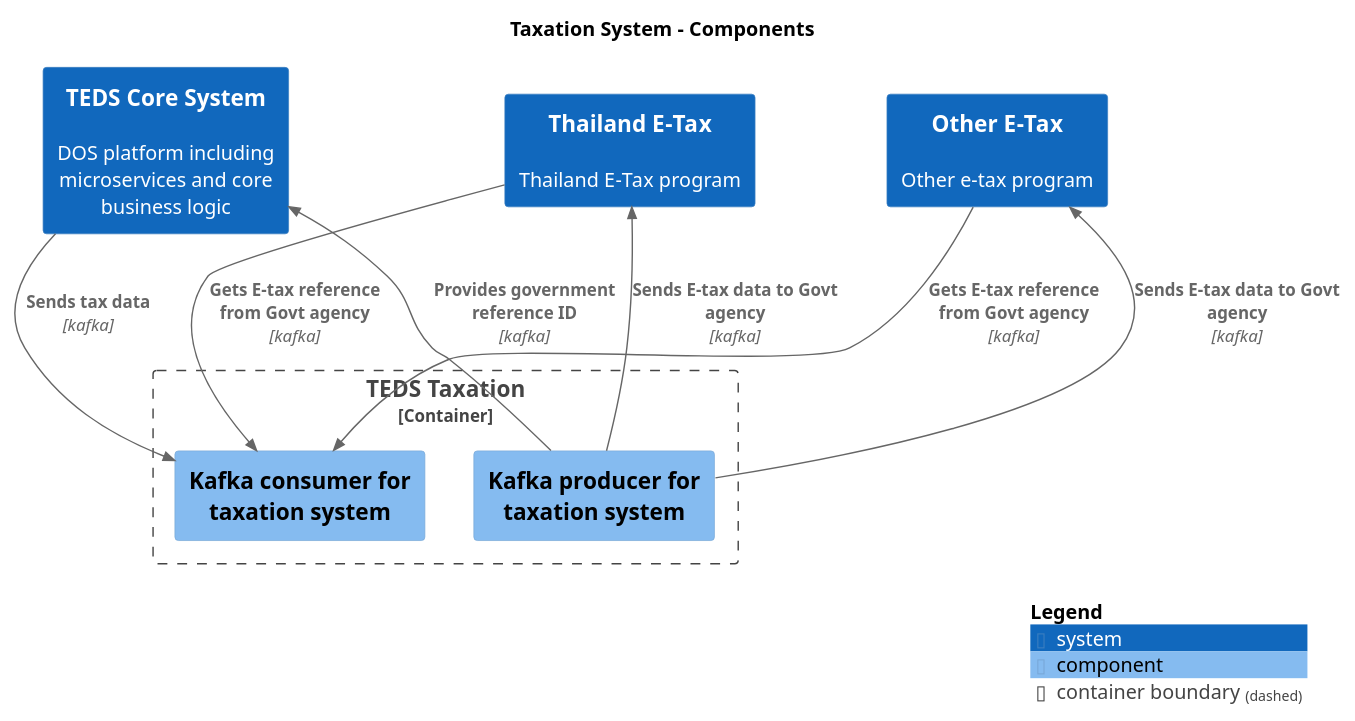
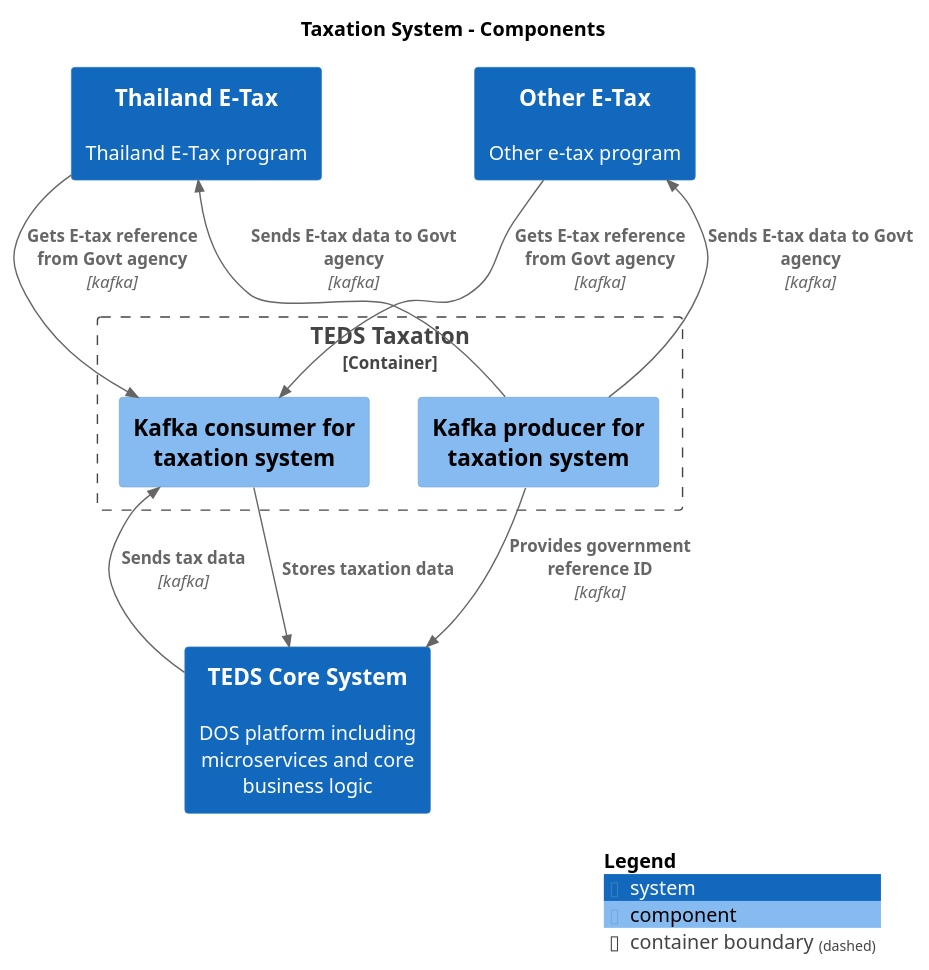
The diagram in main/puml/Level3_taxation_Components.puml (kzsahay/teds), drawn with PlantUML before and after one commit. The commit also changed 193 other files, not shown here.

```diff
--- a/main/puml/Level3_taxation_Components.puml
+++ b/main/puml/Level3_taxation_Components.puml
@@ -1,28 +1,29 @@
 @startuml
 set separator none
 title Taxation System – Components
 
 top to bottom direction
 
 !include <C4/C4>
 !include <C4/C4_Context>
 !include <C4/C4_Component>
 
 System(TEDSCoreSystem, "TEDS Core System", $descr="DOS platform including microservices and core business logic", $tags="", $link="")
 System(ThailandETax, "Thailand E-Tax", $descr="Thailand E-Tax program", $tags="", $link="")
 System(OtherETax, "Other E-Tax", $descr="Other e-tax program", $tags="", $link="")
 
 Container_Boundary("ETax.TEDSTaxation_boundary", "TEDS Taxation", $tags="") {
   Component(ETax.TEDSTaxation.Kafkaproducerfortaxationsystem, "Kafka producer for taxation system", $techn="", $descr="", $tags="", $link="")
   Component(ETax.TEDSTaxation.Kafkaconsumerfortaxationsystem, "Kafka consumer for taxation system", $techn="", $descr="", $tags="", $link="")
 }
 
 Rel(TEDSCoreSystem, ETax.TEDSTaxation.Kafkaconsumerfortaxationsystem, "Sends tax data", $techn="kafka", $tags="", $link="")
 Rel(ETax.TEDSTaxation.Kafkaproducerfortaxationsystem, ThailandETax, "Sends E-tax data to Govt agency", $techn="kafka", $tags="", $link="")
 Rel(ETax.TEDSTaxation.Kafkaproducerfortaxationsystem, OtherETax, "Sends E-tax data to Govt agency", $techn="kafka", $tags="", $link="")
 Rel(ThailandETax, ETax.TEDSTaxation.Kafkaconsumerfortaxationsystem, "Gets E-tax reference from Govt agency", $techn="kafka", $tags="", $link="")
 Rel(OtherETax, ETax.TEDSTaxation.Kafkaconsumerfortaxationsystem, "Gets E-tax reference from Govt agency", $techn="kafka", $tags="", $link="")
+Rel(ETax.TEDSTaxation.Kafkaconsumerfortaxationsystem, TEDSCoreSystem, "Stores taxation data", $techn="", $tags="", $link="")
 Rel(ETax.TEDSTaxation.Kafkaproducerfortaxationsystem, TEDSCoreSystem, "Provides government reference ID", $techn="kafka", $tags="", $link="")
 
 SHOW_LEGEND(true)
 @enduml
```
